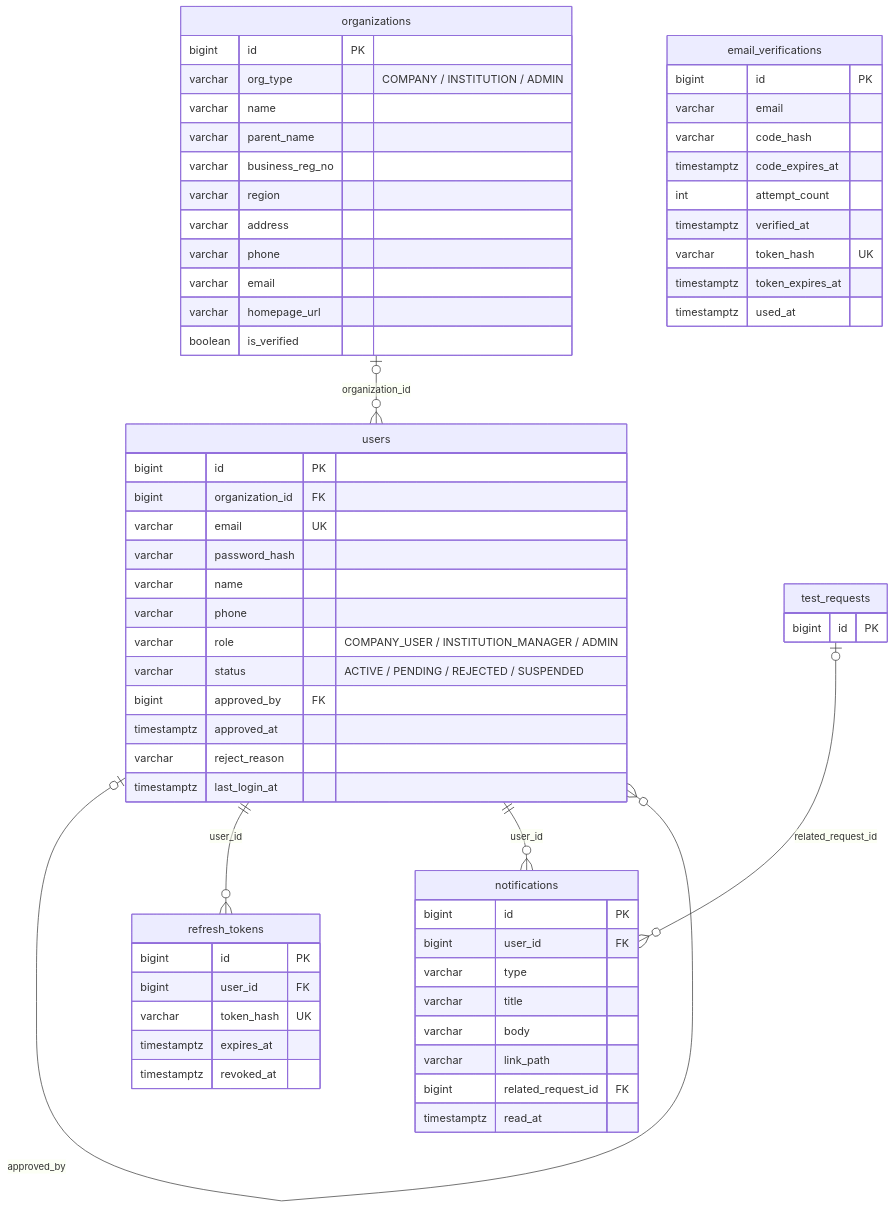
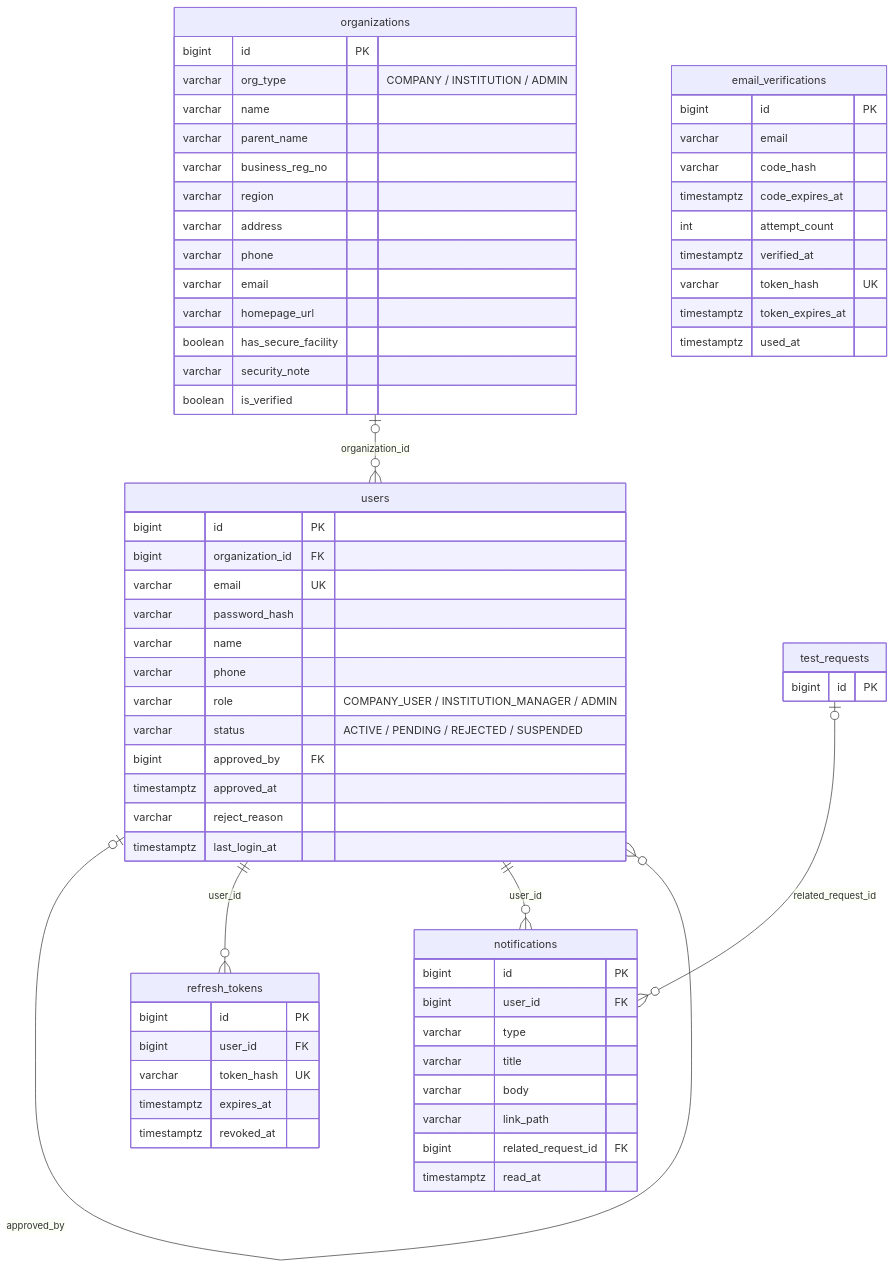
One commit to capstoneastra/Astra_Back changed the third of 8 diagrams in README.md. Above: the diagram before and after it, drawn with Mermaid. The commit also changed other lines of this file and 5 other files, not shown here.

````diff
--- a/README.md
+++ b/README.md
@@ -216,66 +220,68 @@
 ```mermaid
 erDiagram
     organizations {
         bigint id PK
         varchar org_type "COMPANY / INSTITUTION / ADMIN"
         varchar name
         varchar parent_name
         varchar business_reg_no
         varchar region
         varchar address
         varchar phone
         varchar email
         varchar homepage_url
+        boolean has_secure_facility
+        varchar security_note
         boolean is_verified
     }
     users {
         bigint id PK
         bigint organization_id FK
         varchar email UK
         varchar password_hash
         varchar name
         varchar phone
         varchar role "COMPANY_USER / INSTITUTION_MANAGER / ADMIN"
         varchar status "ACTIVE / PENDING / REJECTED / SUSPENDED"
         bigint approved_by FK
         timestamptz approved_at
         varchar reject_reason
         timestamptz last_login_at
     }
     refresh_tokens {
         bigint id PK
         bigint user_id FK
         varchar token_hash UK
         timestamptz expires_at
         timestamptz revoked_at
     }
     email_verifications {
         bigint id PK
         varchar email
         varchar code_hash
         timestamptz code_expires_at
         int attempt_count
         timestamptz verified_at
         varchar token_hash UK
         timestamptz token_expires_at
         timestamptz used_at
     }
     notifications {
         bigint id PK
         bigint user_id FK
         varchar type
         varchar title
         varchar body
         varchar link_path
         bigint related_request_id FK
         timestamptz read_at
     }
     test_requests {
         bigint id PK
     }
     organizations |o--o{ users : "organization_id"
     users |o--o{ users : "approved_by"
     users ||--o{ refresh_tokens : "user_id"
     users ||--o{ notifications : "user_id"
     test_requests |o--o{ notifications : "related_request_id"
 ```
````
